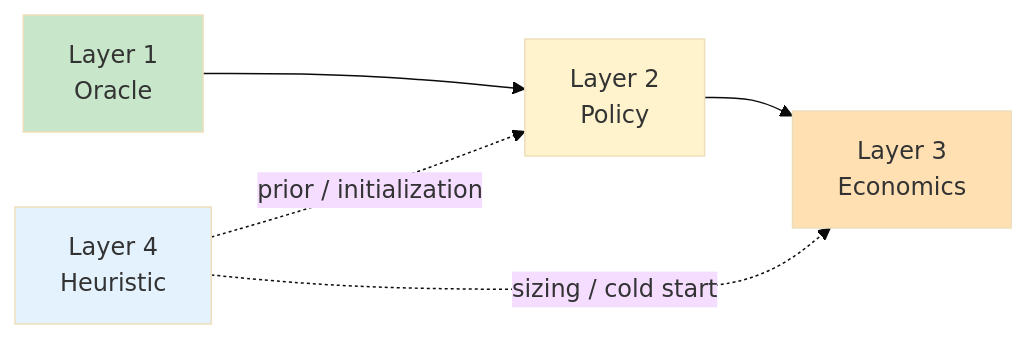
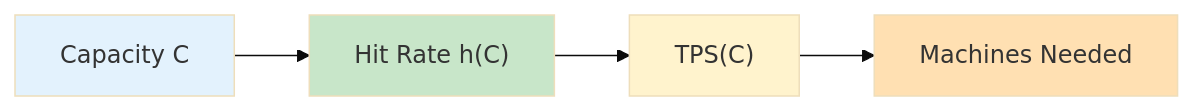
Before and after one commit to openanolis/kvcache-calculator: the first of 2 diagrams in docs/four_layer_model.md, drawn with Mermaid (base theme). The commit also changed other lines of this file and 3 other files, not shown here.

Commit message:
docs: simplify external hit-tps model

````diff
--- a/docs/four_layer_model.md
+++ b/docs/four_layer_model.md
@@ -19,12 +18,11 @@
 ```mermaid
 flowchart LR
-    A["Layer 1\nOracle"] --> B["Layer 2\nPolicy"]
-    B --> C["Layer 3\nEconomics"]
-    D["Layer 4\nHeuristic"] -. sizing / cold start .-> C
-    D -. prior / initialization .-> B
+    A["Capacity C"] --> B["Hit Rate h(C)"]
+    B --> C["TPS(C)"]
+    C --> D["Machines Needed"]
 
-    style A fill:#c8e6c9
-    style B fill:#fff3cd
-    style C fill:#ffe0b2
-    style D fill:#e3f2fd
+    style A fill:#e3f2fd
+    style B fill:#c8e6c9
+    style C fill:#fff3cd
+    style D fill:#ffe0b2
 ```
````
